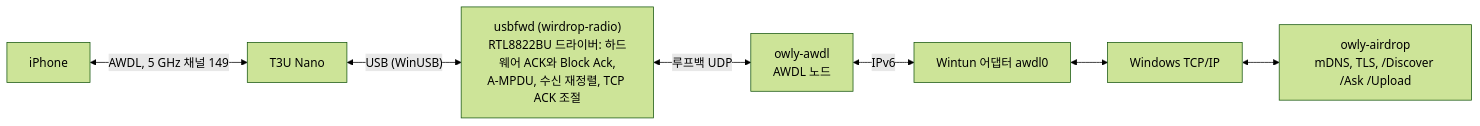
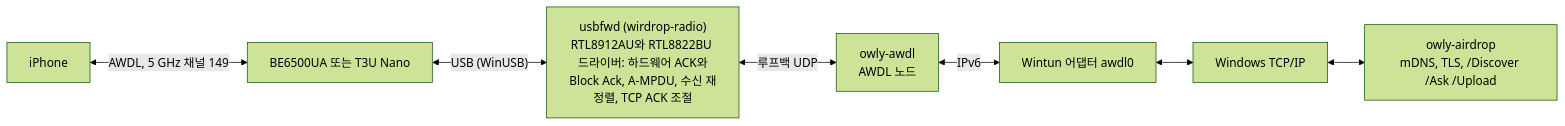
Before and after one commit to JungyoKim/WirDrop: the diagram in docs/ko/how-it-works.md, drawn with Mermaid (forest theme). The commit also changed other lines of this file and 33 other files, not shown here.

````diff
--- a/docs/ko/how-it-works.md
+++ b/docs/ko/how-it-works.md
@@ -12,9 +12,9 @@
 ```mermaid
 flowchart LR
-    phone[iPhone] <-- "AWDL, 5 GHz 채널 149" --> nano[T3U Nano]
-    nano <-- "USB (WinUSB)" --> usbfwd["usbfwd (wirdrop-radio)<br/>RTL8822BU 드라이버: 하드웨어 ACK와 Block Ack,<br/>A-MPDU, 수신 재정렬, TCP ACK 조절"]
+    phone[iPhone] <-- "AWDL, 5 GHz 채널 149" --> nano["BE6500UA 또는 T3U Nano"]
+    nano <-- "USB (WinUSB)" --> usbfwd["usbfwd (wirdrop-radio)<br/>RTL8912AU와 RTL8822BU 드라이버: 하드웨어 ACK와<br/>Block Ack, A-MPDU, 수신 재정렬, TCP ACK 조절"]
     usbfwd <-- "루프백 UDP" --> node["owly-awdl<br/>AWDL 노드"]
     node <-- "IPv6" --> awdl0["Wintun 어댑터 awdl0"]
     awdl0 <--> tcp["Windows TCP/IP"]
     tcp <--> app["owly-airdrop<br/>mDNS, TLS, /Discover /Ask /Upload"]
 ```
````
